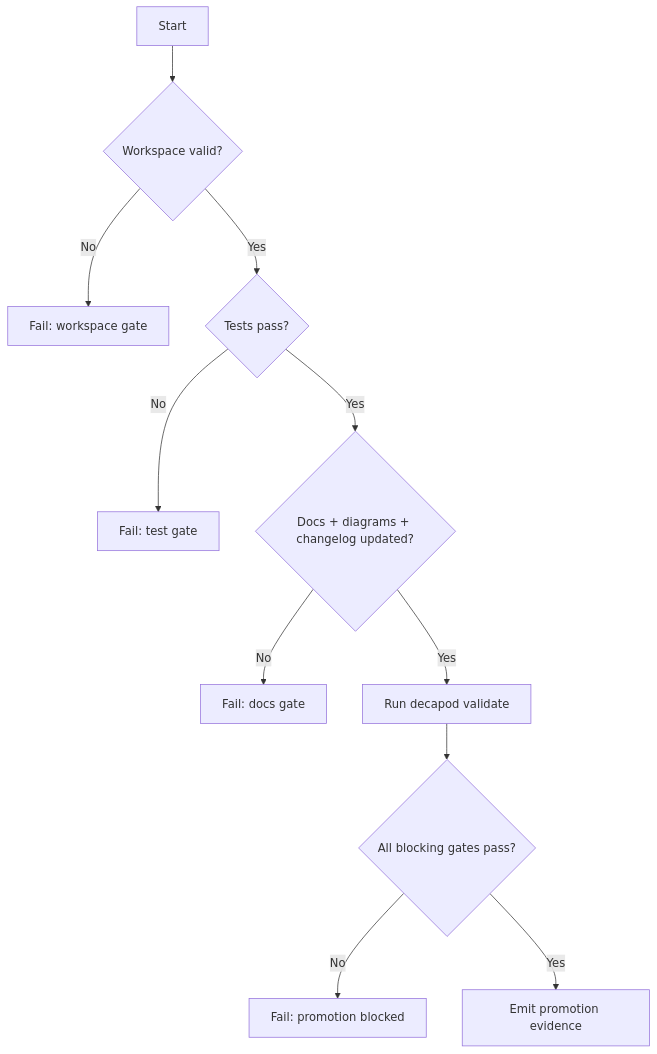
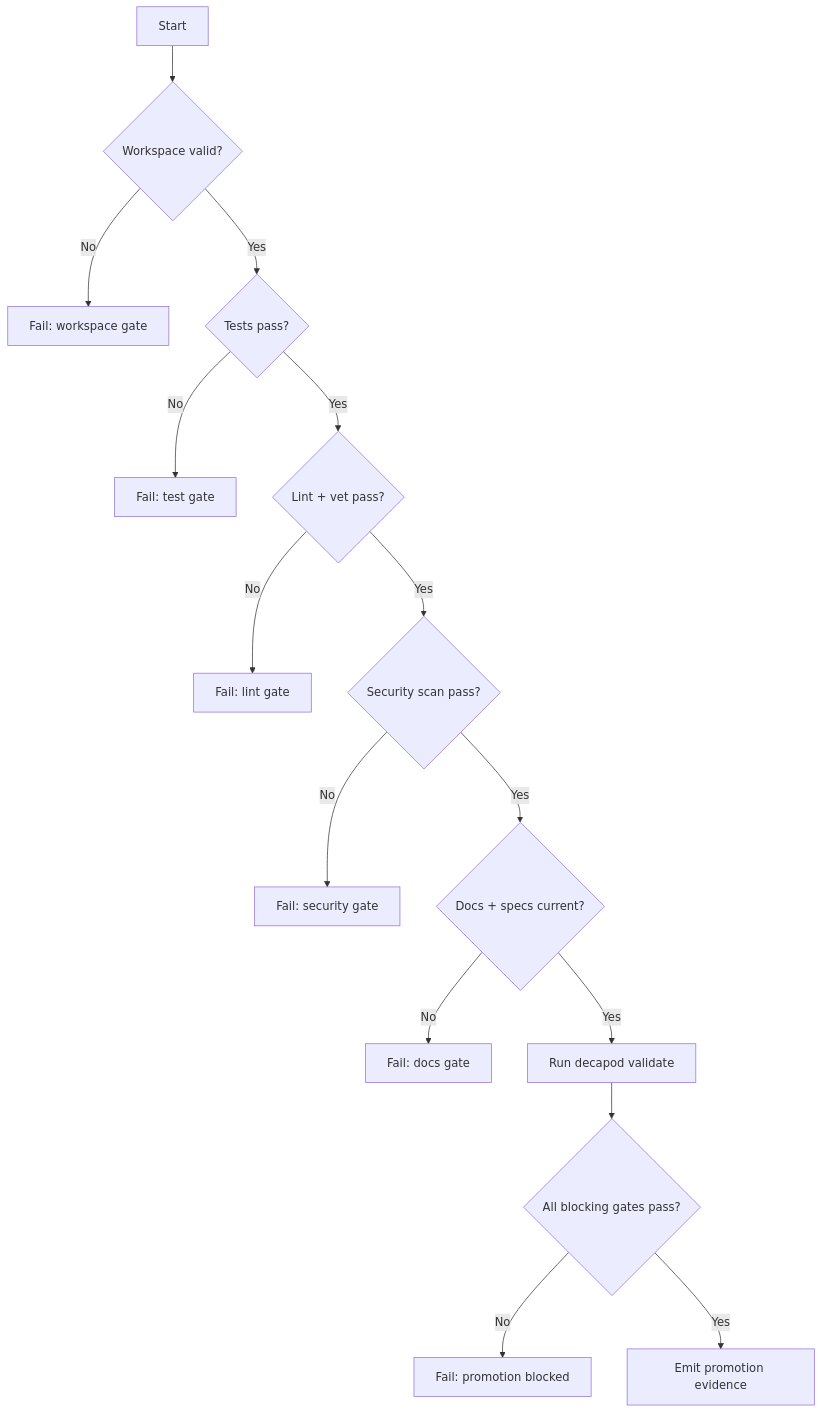
One commit to alexhraber/builddeck changed the first of 2 diagrams in .decapod/generated/specs/VALIDATION.md. Above: the diagram before and after it, drawn with Mermaid. The commit also changed other lines of this file and 7 other files, not shown here.

Commit message:
Update decapod specs: align all 8 specs with current codebase

````diff
--- a/.decapod/generated/specs/VALIDATION.md
+++ b/.decapod/generated/specs/VALIDATION.md
@@ -28,13 +31,17 @@
 ```mermaid
 flowchart TD
   S[Start] --> W{Workspace valid?}
   W -->|No| F1[Fail: workspace gate]
   W -->|Yes| T{Tests pass?}
   T -->|No| F2[Fail: test gate]
-  T -->|Yes| D{Docs + diagrams + changelog updated?}
-  D -->|No| F3[Fail: docs gate]
+  T -->|Yes| L{Lint + vet pass?}
+  L -->|No| F3[Fail: lint gate]
+  L -->|Yes| S1{Security scan pass?}
+  S1 -->|No| F4[Fail: security gate]
+  S1 -->|Yes| D{Docs + specs current?}
+  D -->|No| F5[Fail: docs gate]
   D -->|Yes| V[Run decapod validate]
   V --> P{All blocking gates pass?}
-  P -->|No| F4[Fail: promotion blocked]
+  P -->|No| F6[Fail: promotion blocked]
   P -->|Yes| E[Emit promotion evidence]
 ```
````
